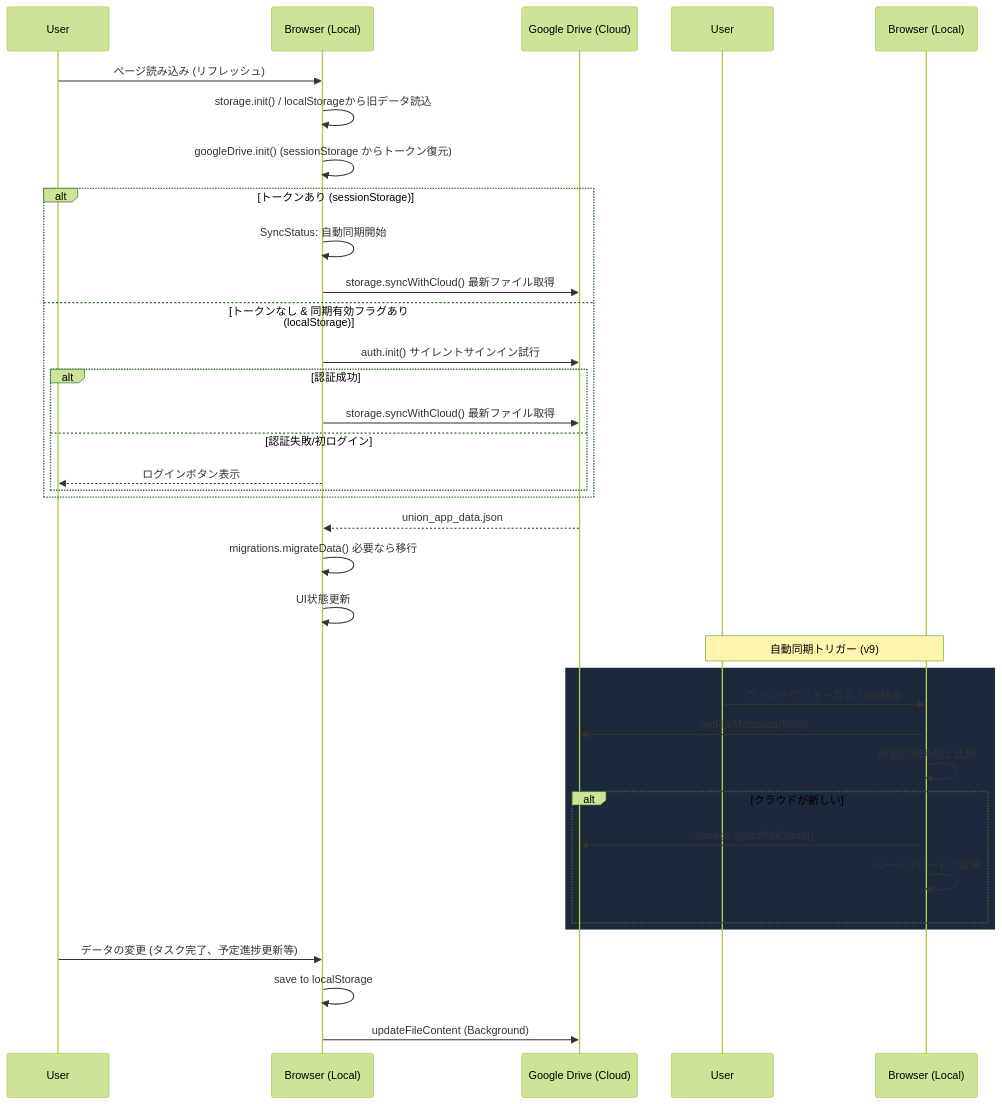
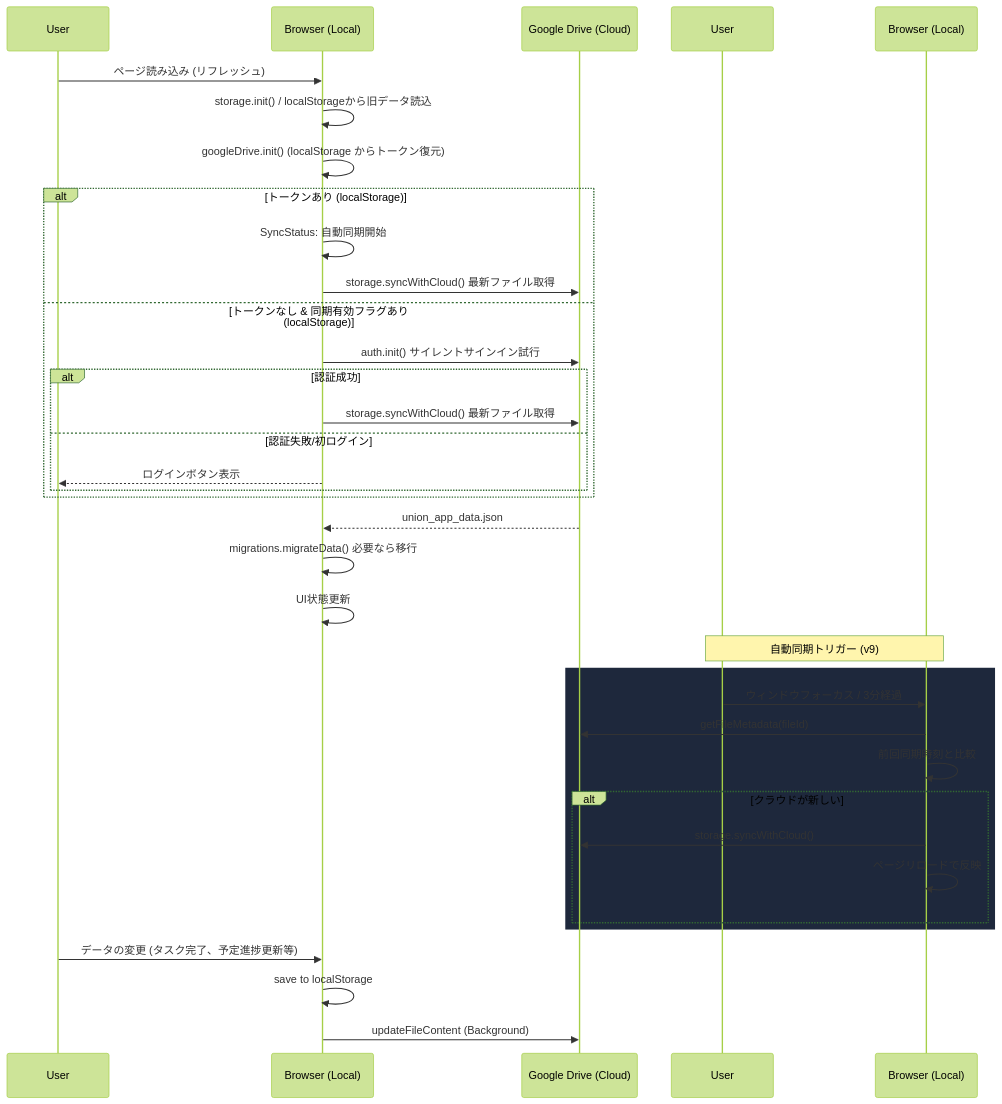
One commit to nimonit1/union-member-activity-manage-app changed the second of 3 diagrams in DESIGN.md. Above: the diagram before and after it, drawn with Mermaid (forest theme). The commit also changed 3 other files, not shown here.

````diff
--- a/DESIGN.md
+++ b/DESIGN.md
@@ -100,39 +100,39 @@
 ```mermaid
 sequenceDiagram
     participant U as User
     participant B as Browser (Local)
     participant G as Google Drive (Cloud)
     
     U->>B: ページ読み込み (リフレッシュ)
     B->>B: storage.init() / localStorageから旧データ読込
-    B->>B: googleDrive.init() (sessionStorage からトークン復元)
-    alt トークンあり (sessionStorage)
+    B->>B: googleDrive.init() (localStorage からトークン復元)
+    alt トークンあり (localStorage)
         B->>B: SyncStatus: 自動同期開始
         B->>G: storage.syncWithCloud() 最新ファイル取得
     else トークンなし & 同期有効フラグあり (localStorage)
         B->>G: auth.init() サイレントサインイン試行
         alt 認証成功
             B->>G: storage.syncWithCloud() 最新ファイル取得
         else 認証失敗/初ログイン
             B-->>U: ログインボタン表示
         end
     end
     G-->>B: union_app_data.json
     B->>B: migrations.migrateData() 必要なら移行
     B->>B: UI状態更新
 
     Note over User, Browser (Local): 自動同期トリガー (v9)
     rect rgb(30, 40, 60)
         User->>Browser (Local): ウィンドウフォーカス / 3分経過
         Browser (Local)->>G: getFileMetadata(fileId)
         Browser (Local)->>Browser (Local): 前回同期時刻と比較
         alt クラウドが新しい
             Browser (Local)->>G: storage.syncWithCloud()
             Browser (Local)->>Browser (Local): ページリロードで反映
         end
     end
     
     U->>B: データの変更 (タスク完了、予定進捗更新等)
     B->>B: save to localStorage
     B->>G: updateFileContent (Background)
 ```
````
